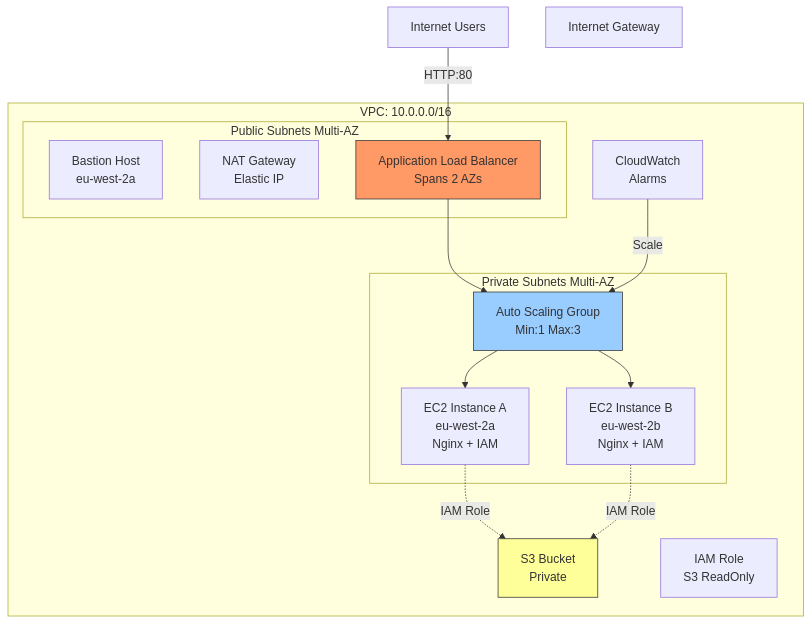
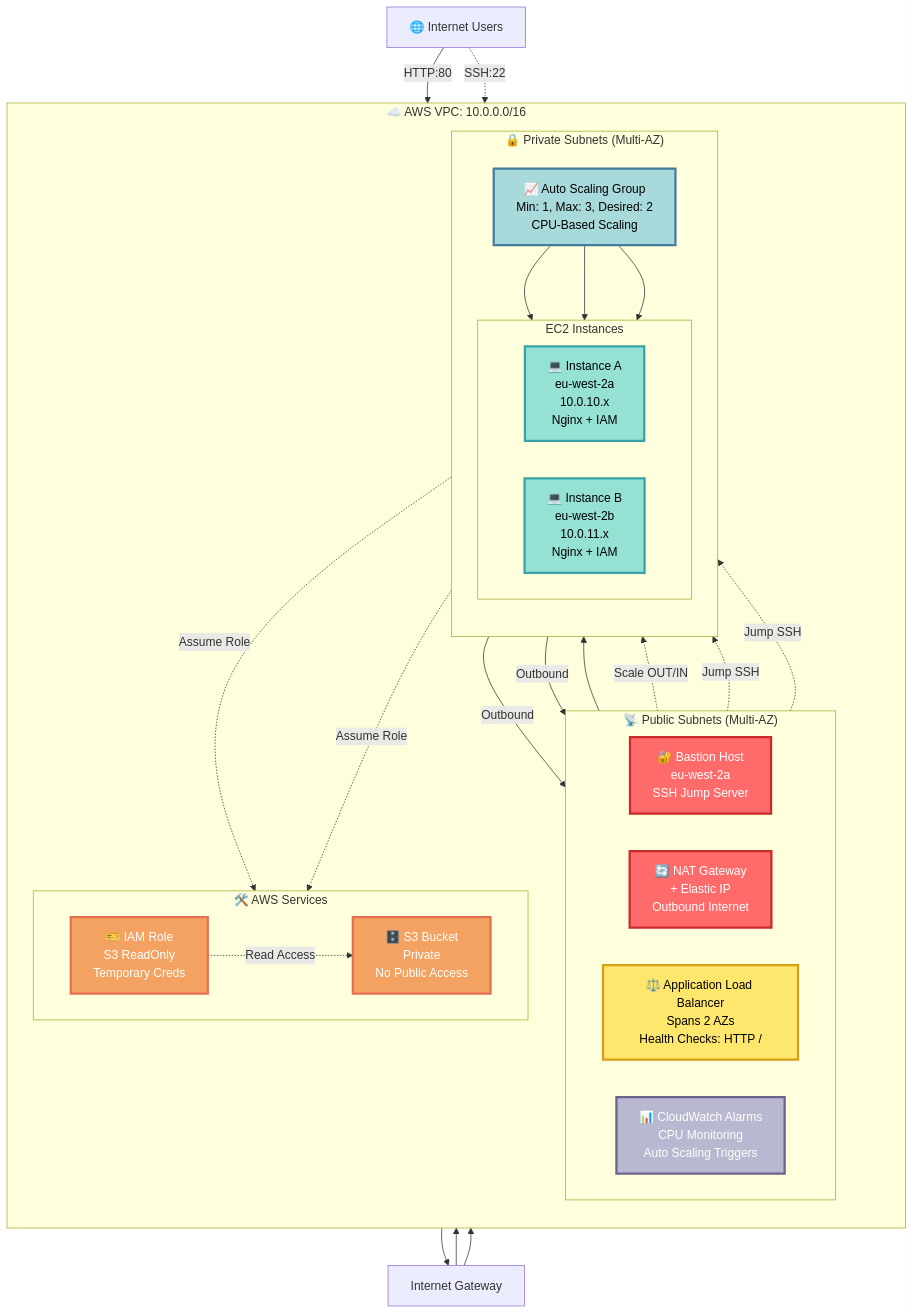
Before and after one commit to akramewu/learn-cloud-ops: the diagram in project-1-secure-web-infrastructure/ARCHITECHTURE_DIAGRAM.md, drawn with Mermaid.

Commit message:
final update of the project

````diff
--- a/project-1-secure-web-infrastructure/ARCHITECHTURE_DIAGRAM.md
+++ b/project-1-secure-web-infrastructure/ARCHITECHTURE_DIAGRAM.md
@@ -2,37 +2,72 @@
 ```mermaid
 graph TB
-    Users[Internet Users]
+    Users[🌐 Internet Users]
     IGW[Internet Gateway]
     
-    subgraph VPC["VPC: 10.0.0.0/16"]
-        subgraph Public["Public Subnets Multi-AZ"]
-            Bastion[Bastion Host<br/>eu-west-2a]
-            NAT[NAT Gateway<br/>Elastic IP]
-            ALB[Application Load Balancer<br/>Spans 2 AZs]
+    subgraph VPC["☁️ AWS VPC: 10.0.0.0/16"]
+        direction TB
+        
+        subgraph Public["📡 Public Subnets (Multi-AZ)"]
+            direction LR
+            Bastion[🔐 Bastion Host<br/>eu-west-2a<br/>SSH Jump Server]
+            NAT[🔄 NAT Gateway<br/>+ Elastic IP<br/>Outbound Internet]
+            ALB[⚖️ Application Load Balancer<br/>Spans 2 AZs<br/>Health Checks: HTTP /]
+            CW[📊 CloudWatch Alarms<br/>CPU Monitoring<br/>Auto Scaling Triggers]
         end
         
-        subgraph Private["Private Subnets Multi-AZ"]
-            ASG[Auto Scaling Group<br/>Min:1 Max:3]
-            EC2A[EC2 Instance A<br/>eu-west-2a<br/>Nginx + IAM]
-            EC2B[EC2 Instance B<br/>eu-west-2b<br/>Nginx + IAM]
+        subgraph Private["🔒 Private Subnets (Multi-AZ)"]
+            direction TB
+            ASG[📈 Auto Scaling Group<br/>Min: 1, Max: 3, Desired: 2<br/>CPU-Based Scaling]
+            
+            subgraph Instances["EC2 Instances"]
+                direction LR
+                EC2A[💻 Instance A<br/>eu-west-2a<br/>10.0.10.x<br/>Nginx + IAM]
+                EC2B[💻 Instance B<br/>eu-west-2b<br/>10.0.11.x<br/>Nginx + IAM]
+            end
         end
         
-        S3[S3 Bucket<br/>Private]
-        IAM[IAM Role<br/>S3 ReadOnly]
-        CW[CloudWatch<br/>Alarms]
+        subgraph Services["🛠️ AWS Services"]
+            direction LR
+            S3[🗄️ S3 Bucket<br/>Private<br/>No Public Access]
+            IAM[🎫 IAM Role<br/>S3 ReadOnly<br/>Temporary Creds]
+        end
     end
     
     Users -->|HTTP:80| ALB
+    Users -.->|SSH:22| Bastion
+    IGW --> ALB
+    IGW --> Bastion
+    
     ALB --> ASG
+    ASG --> Instances
     ASG --> EC2A
     ASG --> EC2B
     
-    EC2A -.->|IAM Role| S3
-    EC2B -.->|IAM Role| S3
+    Bastion -.->|Jump SSH| EC2A
+    Bastion -.->|Jump SSH| EC2B
     
-    CW -->|Scale| ASG
+    EC2A -->|Outbound| NAT
+    EC2B -->|Outbound| NAT
+    NAT --> IGW
     
-    style ALB fill:#f96,stroke:#333
-    style ASG fill:#9cf,stroke:#333
-    style S3 fill:#ff9,stroke:#333
+    EC2A -.->|Assume Role| IAM
+    EC2B -.->|Assume Role| IAM
+    IAM -.->|Read Access| S3
+    
+    CW -.->|Scale OUT/IN| ASG
+    
+    classDef publicClass fill:#FF6B6B,stroke:#C92A2A,stroke-width:3px,color:#fff
+    classDef privateClass fill:#4ECDC4,stroke:#0B7A75,stroke-width:3px,color:#fff
+    classDef lbClass fill:#FFE66D,stroke:#D4A017,stroke-width:3px,color:#000
+    classDef asgClass fill:#A8DADC,stroke:#457B9D,stroke-width:3px,color:#000
+    classDef ec2Class fill:#95E1D3,stroke:#38A3A5,stroke-width:3px,color:#000
+    classDef serviceClass fill:#F4A261,stroke:#E76F51,stroke-width:3px,color:#fff
+    classDef monitorClass fill:#B8B8D1,stroke:#6C648B,stroke-width:3px,color:#fff
+    
+    class Bastion,NAT publicClass
+    class ALB lbClass
+    class ASG asgClass
+    class EC2A,EC2B ec2Class
+    class S3,IAM serviceClass
+    class CW monitorClass
 ```
````
